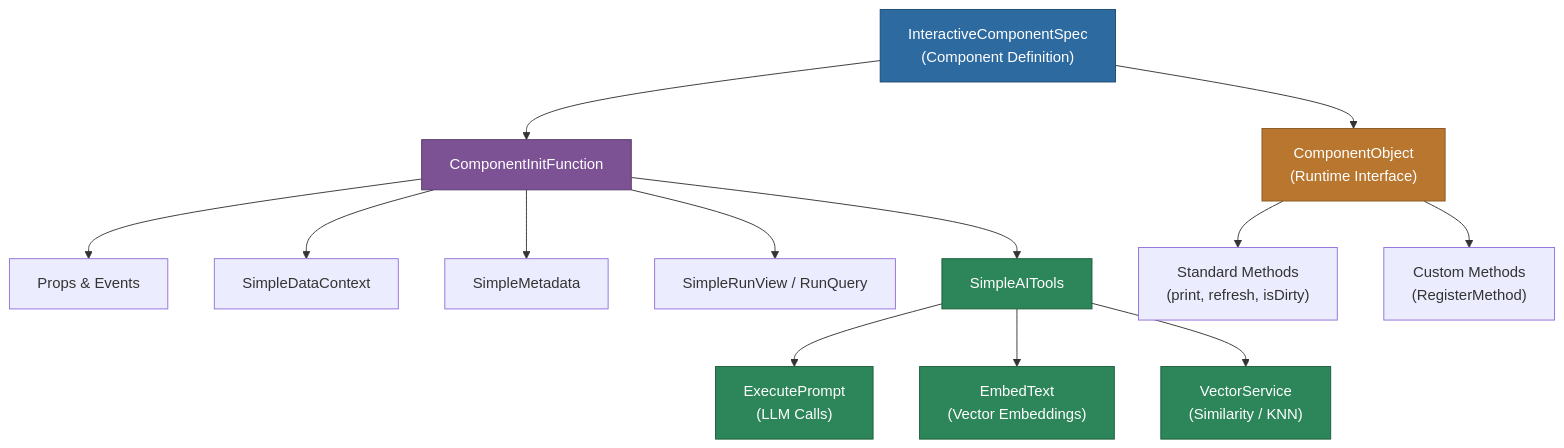
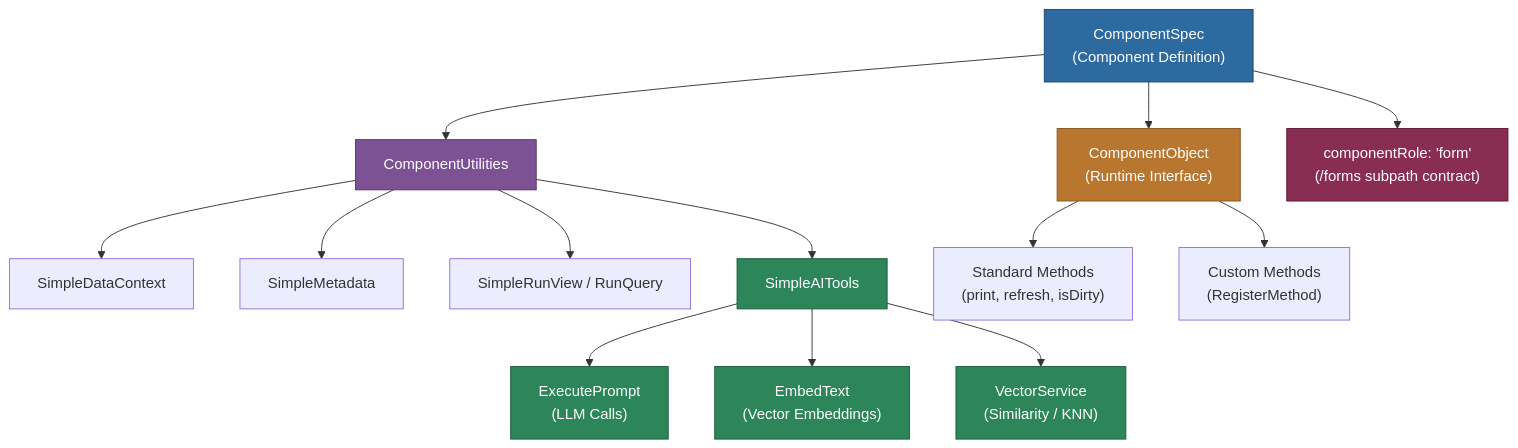
One commit to MemberJunction/MJ changed the diagram in packages/InteractiveComponents/README.md. Above: the diagram before and after it, drawn with Mermaid. The commit also changed other lines of this file and 13 other files, not shown here.

First line of the commit message:
docs: refactor Interactive Components documentation around interactive forms

````diff
--- a/packages/InteractiveComponents/README.md
+++ b/packages/InteractiveComponents/README.md
@@ -9,25 +9,27 @@
 ```mermaid
 graph TD
-    A["InteractiveComponentSpec<br/>(Component Definition)"] --> B["ComponentInitFunction"]
-    B --> C["Props & Events"]
+    A["ComponentSpec<br/>(Component Definition)"] --> B["ComponentUtilities"]
     B --> D["SimpleDataContext"]
     B --> E["SimpleMetadata"]
     B --> F["SimpleRunView / RunQuery"]
     B --> G["SimpleAITools"]
 
     G --> H["ExecutePrompt<br/>(LLM Calls)"]
     G --> I["EmbedText<br/>(Vector Embeddings)"]
     G --> J["VectorService<br/>(Similarity / KNN)"]
 
     A --> K["ComponentObject<br/>(Runtime Interface)"]
     K --> L["Standard Methods<br/>(print, refresh, isDirty)"]
     K --> M["Custom Methods<br/>(RegisterMethod)"]
 
+    A --> N["componentRole: 'form'<br/>(/forms subpath contract)"]
+
     style A fill:#2d6a9f,stroke:#1a4971,color:#fff
     style B fill:#7c5295,stroke:#563a6b,color:#fff
     style G fill:#2d8659,stroke:#1a5c3a,color:#fff
     style K fill:#b8762f,stroke:#8a5722,color:#fff
+    style N fill:#8a2d52,stroke:#5c1a38,color:#fff
     style H fill:#2d8659,stroke:#1a5c3a,color:#fff
     style I fill:#2d8659,stroke:#1a5c3a,color:#fff
     style J fill:#2d8659,stroke:#1a5c3a,color:#fff
 ```
````
